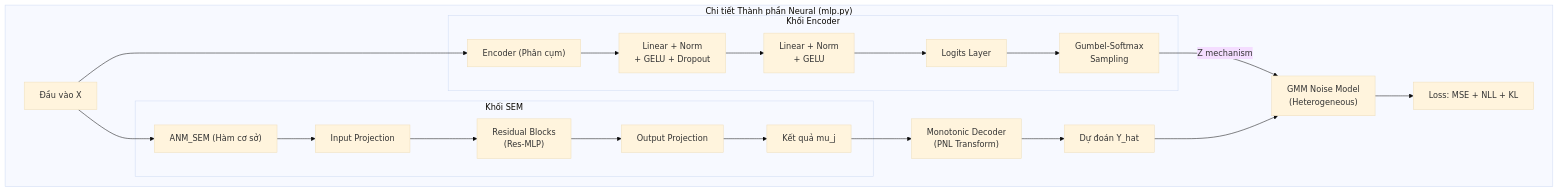
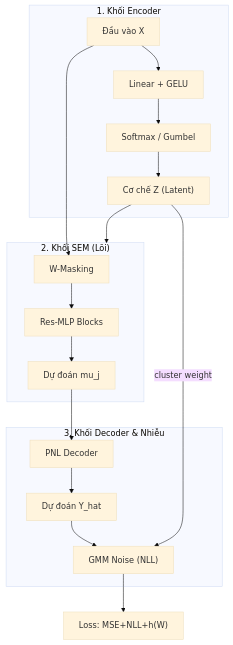
Before and after one commit to manhthai1706/DeepANM: the third of 5 diagrams in docx/Chuong3_MoHinhDeepANM.md, drawn with Mermaid (base theme).

Commit message:
docs: redraw MLP diagram in strict vertical stacking to prevent layout issues

````diff
--- a/docx/Chuong3_MoHinhDeepANM.md
+++ b/docx/Chuong3_MoHinhDeepANM.md
@@ -146,28 +146,27 @@
 ```mermaid
 graph TD
-    subgraph MLP_Detail ["Chi tiết Thành phần Neural (mlp.py)"]
-        In["Đầu vào X"] --> En["Encoder (Phân cụm)"]
-        subgraph Encoder_Path ["Khối Encoder"]
-            En --> E1["Linear + Norm<br/>+ GELU + Dropout"]
-            E1 --> E2["Linear + Norm<br/>+ GELU"]
-            E2 --> ZL["Logits Layer"]
-            ZL --> GS["Gumbel-Softmax<br/>Sampling"]
-        end
-
-        In --> SEM["ANM_SEM (Hàm cơ sở)"]
-        subgraph SEM_Path ["Khối SEM"]
-            SEM --> IP["Input Projection"]
-            IP --> RB["Residual Blocks<br/>(Res-MLP)"]
-            RB --> OP["Output Projection"]
-            OP --> Mu["Kết quả mu_j"]
-        end
-
-        Mu --> Dec["Monotonic Decoder<br/>(PNL Transform)"]
+    In["Đầu vào X"]
+    
+    subgraph Enc_Block ["1. Khối Encoder"]
+        In --> E1["Linear + GELU"]
+        E1 --> E2["Softmax / Gumbel"]
+        E2 --> Z["Cơ chế Z (Latent)"]
+    end
+    
+    Z --> SEM_Block
+    
+    subgraph SEM_Block ["2. Khối SEM (Lõi)"]
+        In --> Mask["W-Masking"]
+        Mask --> Res["Res-MLP Blocks"]
+        Res --> Mu["Dự đoán mu_j"]
+    end
+    
+    subgraph Dec_Block ["3. Khối Decoder & Nhiễu"]
+        Mu --> Dec["PNL Decoder"]
         Dec --> YH["Dự đoán Y_hat"]
-
-        GS -->|"Z mechanism"| NLL["GMM Noise Model<br/>(Heterogeneous)"]
-        YH --> NLL
-        
-        NLL --> Loss["Loss: MSE + NLL + KL"]
+        YH --> GMM["GMM Noise (NLL)"]
+        Z -->|cluster weight| GMM
     end
+    
+    GMM --> Loss["Loss: MSE+NLL+h(W)"]
 ```
````
